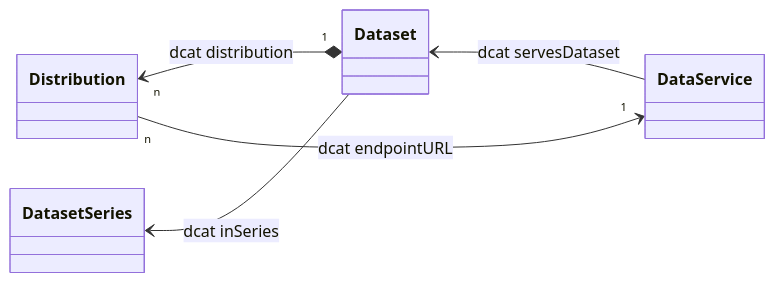
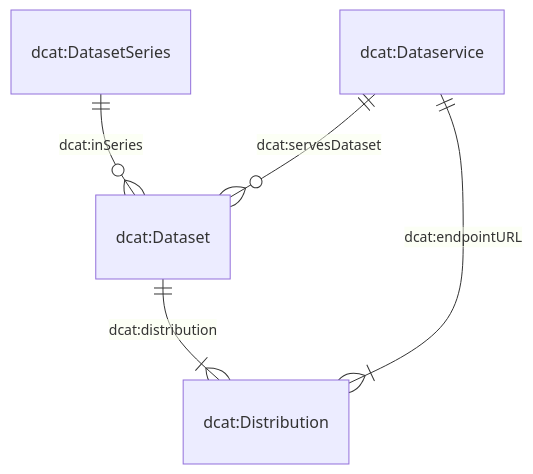
Before and after one commit to blw-ofag-ufag/data-catalog: the diagram in docs/assets/md/handbook/en.md, drawn with Mermaid. The commit also changed other lines of this file and 3 other files, not shown here.

````diff
--- a/docs/assets/md/handbook/en.md
+++ b/docs/assets/md/handbook/en.md
@@ -6,20 +5,7 @@
 ```mermaid
-classDiagram
-    direction RL
-    class Dataset {
-    }
-
-    class DatasetSeries {
-    }
-
-    class Distribution {
-    }
-
-    class DataService {
-    }
-
-    Dataset  --> DatasetSeries : dcat inSeries
-    Dataset "1" *--> "n" Distribution : dcat distribution
-    DataService "1" >-- "n" Distribution : dcat endpointURL
-    DataService --> Dataset : dcat servesDataset
+erDiagram
+    "dcat:DatasetSeries" ||--o{ "dcat:Dataset" : "dcat:inSeries"
+    "dcat:Dataset" ||--|{ "dcat:Distribution" : "dcat:distribution"
+    "dcat:Dataservice" ||--|{ "dcat:Distribution" : "dcat:endpointURL"
+    "dcat:Dataservice" ||--o{ "dcat:Dataset" : "dcat:servesDataset"
 ```
````
